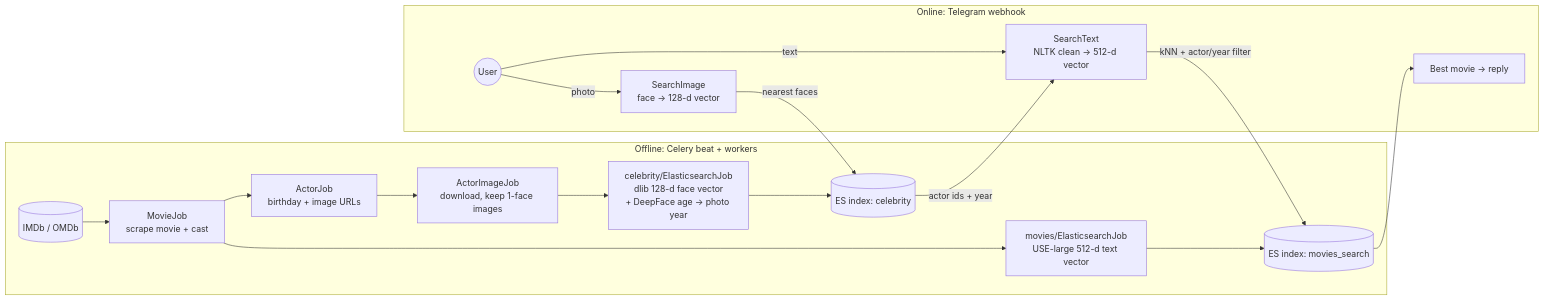
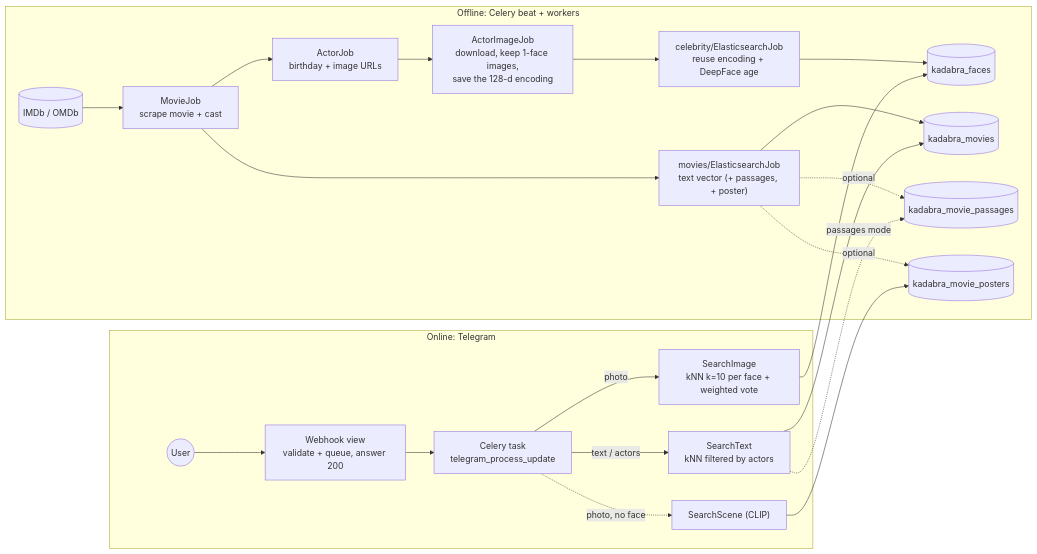
The diagram in docs/ARCHITECTURE.md (gelnomo/training-ml-python-kadabra), drawn with Mermaid before and after one commit. The commit also changed other lines of this file and 43 other files, not shown here.

````diff
--- a/docs/ARCHITECTURE.md
+++ b/docs/ARCHITECTURE.md
@@ -16,20 +16,25 @@
 ```mermaid
 flowchart LR
   subgraph Offline["Offline: Celery beat + workers"]
     IMDb[(IMDb / OMDb)] --> MJ[MovieJob<br/>scrape movie + cast]
     MJ --> AJ[ActorJob<br/>birthday + image URLs]
-    AJ --> AIJ[ActorImageJob<br/>download, keep 1-face images]
-    AIJ --> FEJ["celebrity/ElasticsearchJob<br/>dlib 128-d face vector<br/>+ DeepFace age → photo year"]
-    MJ --> MEJ["movies/ElasticsearchJob<br/>USE-large 512-d text vector"]
-    FEJ --> FI[("ES index: celebrity")]
-    MEJ --> MI[("ES index: movies_search")]
+    AJ --> AIJ["ActorImageJob<br/>download, keep 1-face images,<br/>save the 128-d encoding"]
+    AIJ --> FEJ["celebrity/ElasticsearchJob<br/>reuse encoding + DeepFace age"]
+    MJ --> MEJ["movies/ElasticsearchJob<br/>text vector (+ passages, + poster)"]
+    FEJ --> FI[("kadabra_faces")]
+    MEJ --> MI[("kadabra_movies")]
+    MEJ -. optional .-> PI[("kadabra_movie_passages")]
+    MEJ -. optional .-> PO[("kadabra_movie_posters")]
   end
-  subgraph Online["Online: Telegram webhook"]
-    U((User)) -->|photo| SI[SearchImage<br/>face → 128-d vector]
-    U -->|text| ST[SearchText<br/>NLTK clean → 512-d vector]
-    SI -->|nearest faces| FI
-    FI -->|actor ids + year| ST
-    ST -->|kNN + actor/year filter| MI
-    MI --> R[Best movie → reply]
+  subgraph Online["Online: Telegram"]
+    U((User)) --> WH["Webhook view<br/>validate + queue, answer 200"]
+    WH --> T["Celery task<br/>telegram_process_update"]
+    T -->|photo| SI["SearchImage<br/>kNN k=10 per face + weighted vote"]
+    SI --> FI
+    T -->|text / actors| ST["SearchText<br/>kNN filtered by actors"]
+    ST --> MI
+    ST -. passages mode .-> PI
+    T -. photo, no face .-> SS["SearchScene (CLIP)"]
+    SS --> PO
   end
 ```
````
